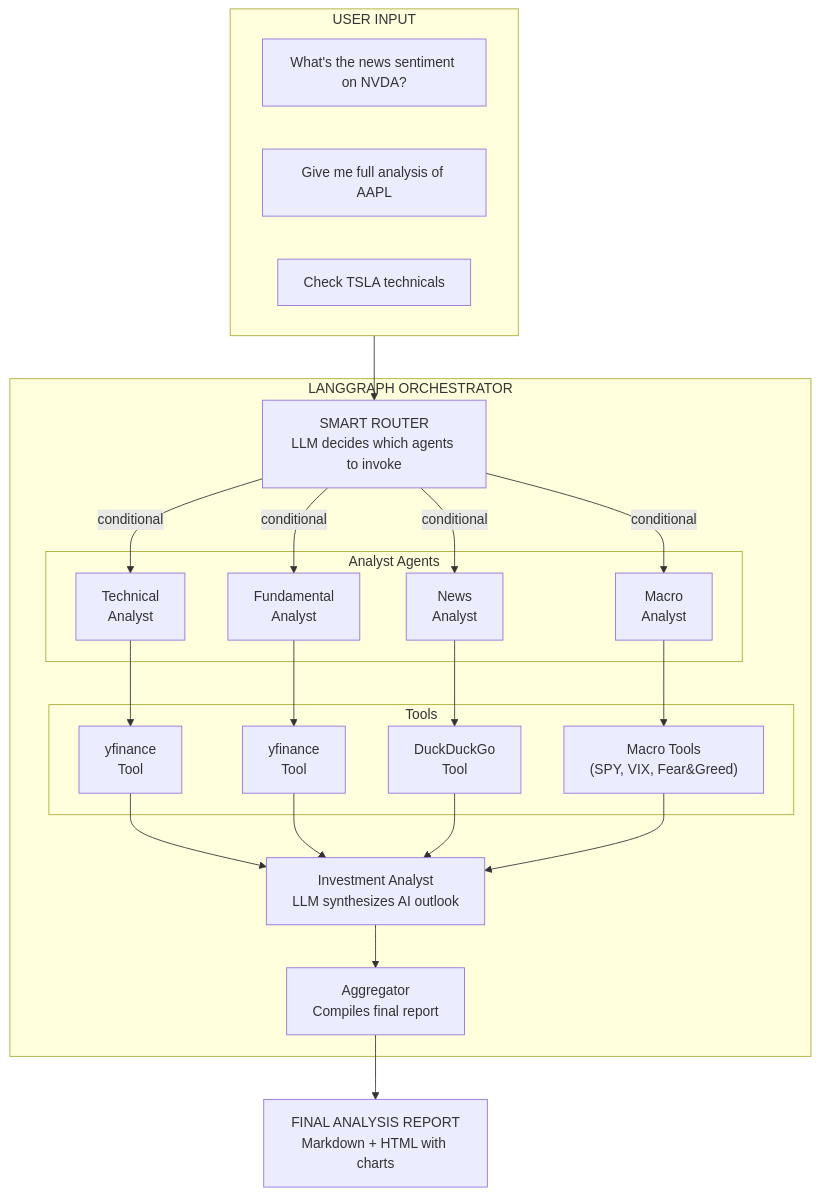
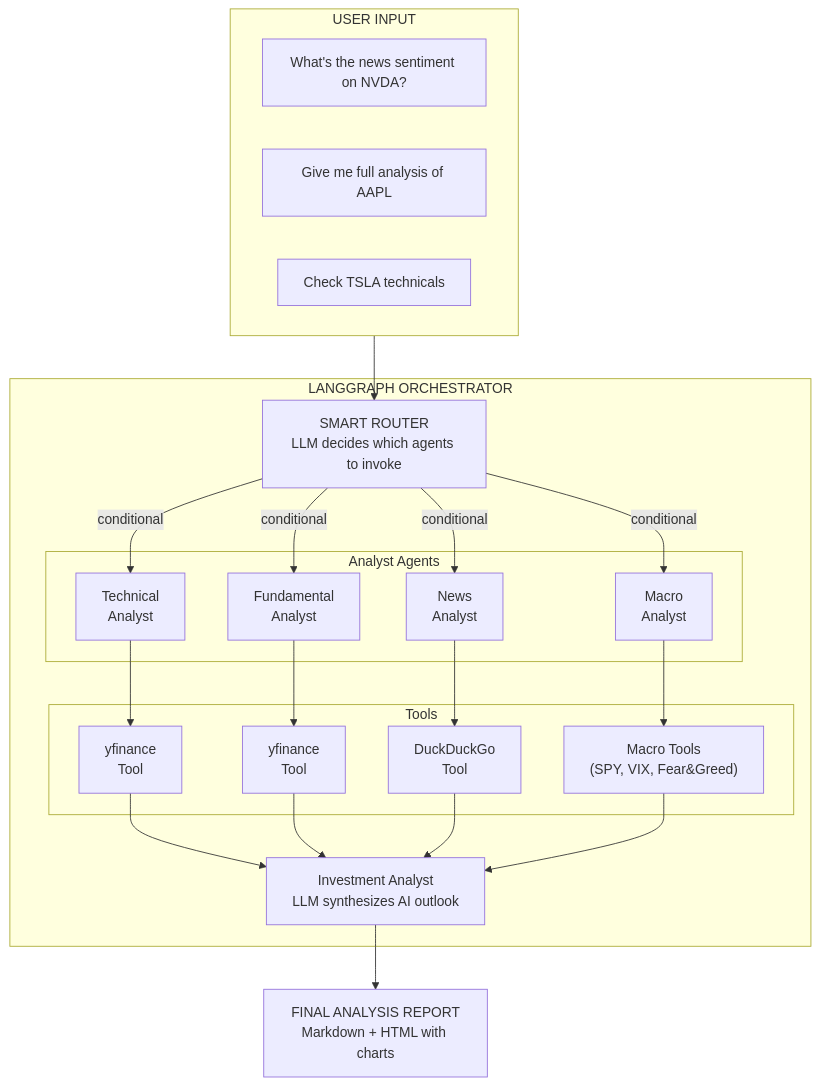
The first of 2 diagrams in docs/SDD.md (michaelzus/ThinkOnlyOnce), drawn with Mermaid before and after one commit. The commit also changed other lines of this file and 6 other files, not shown here.

First line of the commit message:
Refactor report generation and streamline analysis state

````diff
--- a/docs/SDD.md
+++ b/docs/SDD.md
@@ -41,47 +41,46 @@
 ```mermaid
 flowchart TB
     subgraph Input["USER INPUT"]
         Q1["What's the news sentiment on NVDA?"]
         Q2["Give me full analysis of AAPL"]
         Q3["Check TSLA technicals"]
     end
 
     subgraph Orchestrator["LANGGRAPH ORCHESTRATOR"]
         Router["SMART ROUTER<br/>LLM decides which agents to invoke"]
         
         Router -->|conditional| TA
         Router -->|conditional| FA
         Router -->|conditional| NA
         Router -->|conditional| MA
         
         subgraph Agents["Analyst Agents"]
             TA["Technical<br/>Analyst"]
             FA["Fundamental<br/>Analyst"]
             NA["News<br/>Analyst"]
             MA["Macro<br/>Analyst"]
         end
         
         subgraph Tools["Tools"]
             YF1["yfinance<br/>Tool"]
             YF2["yfinance<br/>Tool"]
             DDG["DuckDuckGo<br/>Tool"]
             MACRO["Macro Tools<br/>(SPY, VIX, Fear&Greed)"]
         end
         
         TA --> YF1
         FA --> YF2
         NA --> DDG
         MA --> MACRO
         
         YF1 --> IA
         YF2 --> IA
         DDG --> IA
         MACRO --> IA
         
         IA["Investment Analyst<br/>LLM synthesizes AI outlook"]
-        IA --> Agg["Aggregator<br/>Compiles final report"]
     end
 
     Input --> Router
-    Agg --> Report["FINAL ANALYSIS REPORT<br/>Markdown + HTML with charts"]
+    IA --> Report["FINAL ANALYSIS REPORT<br/>Markdown + HTML with charts"]
 ```
````
